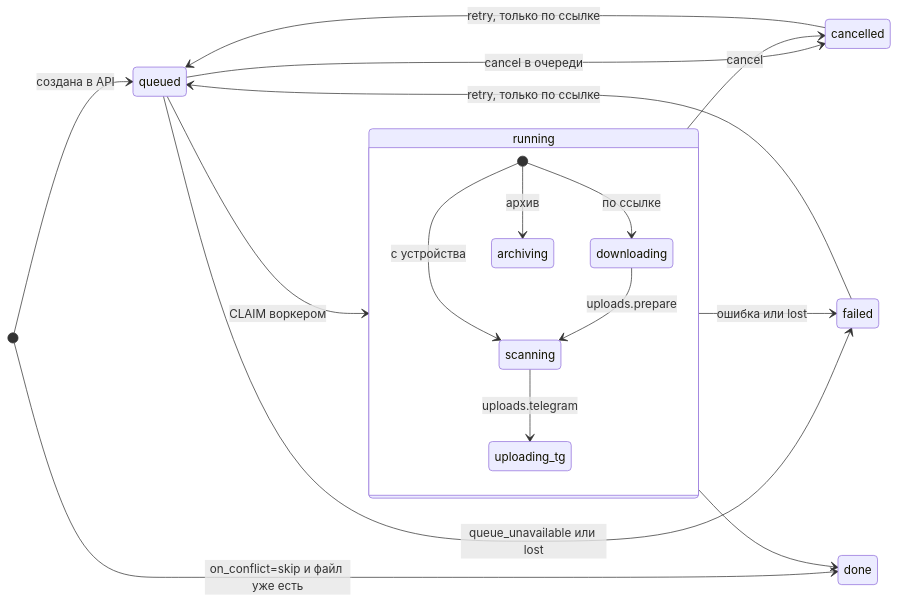
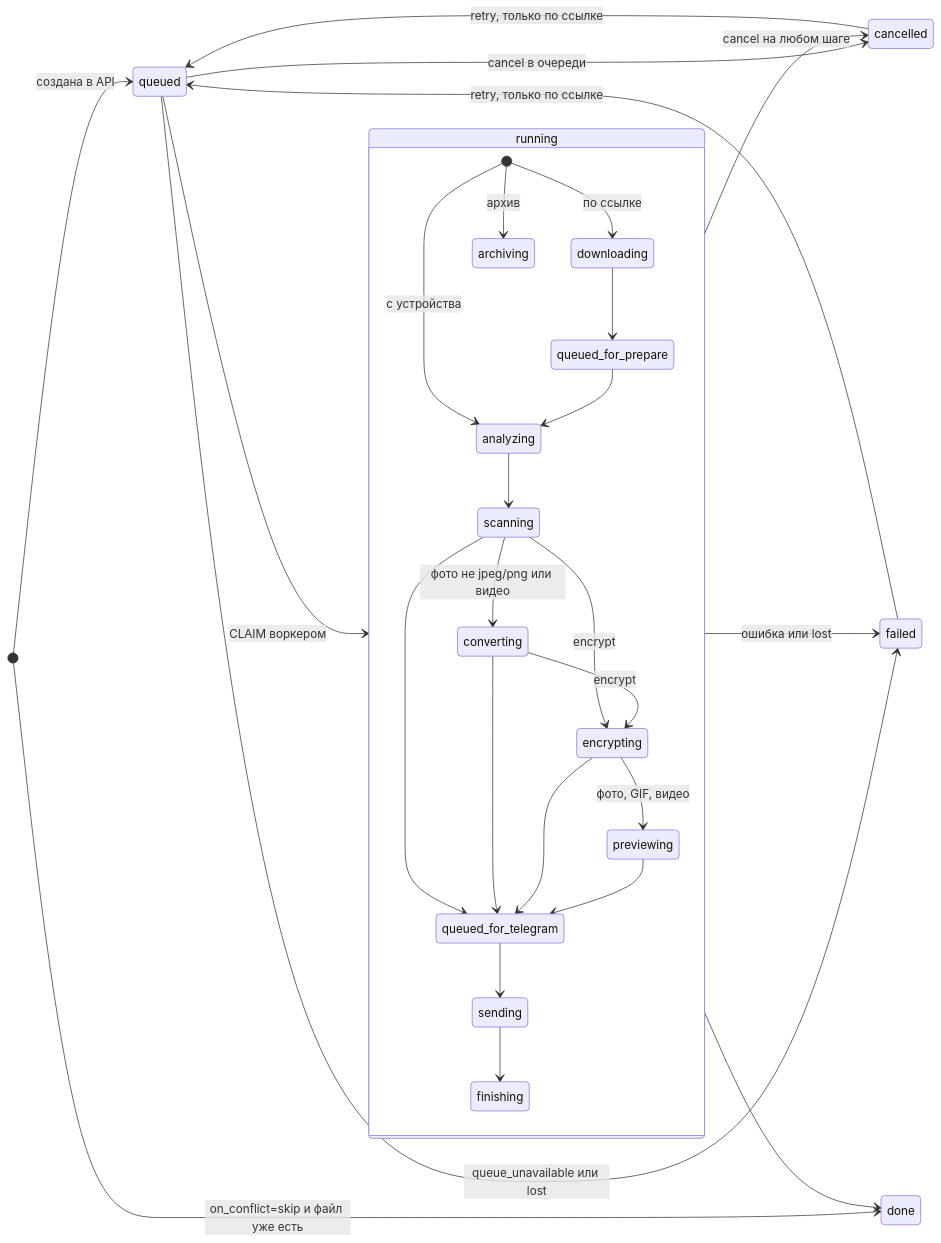
Before and after one commit to NikitkaZXC/tcloud-backend: the fourth of 5 diagrams in docs/background-tasks.md, drawn with Mermaid. The commit also changed other lines of this file and 16 other files, not shown here.

````diff
--- a/docs/background-tasks.md
+++ b/docs/background-tasks.md
@@ -210,21 +235,32 @@
 ```mermaid
 stateDiagram-v2
     direction LR
     [*] --> queued: создана в API
     [*] --> done: on_conflict=skip и файл уже есть
     queued --> running: CLAIM воркером
     queued --> cancelled: cancel в очереди
     queued --> failed: queue_unavailable или lost
     state running {
         [*] --> downloading: по ссылке
-        [*] --> scanning: с устройства
+        [*] --> analyzing: с устройства
         [*] --> archiving: архив
-        downloading --> scanning: uploads.prepare
-        scanning --> uploading_tg: uploads.telegram
+        downloading --> queued_for_prepare
+        queued_for_prepare --> analyzing
+        analyzing --> scanning
+        scanning --> converting: фото не jpeg/png или видео
+        scanning --> encrypting: encrypt
+        converting --> encrypting: encrypt
+        encrypting --> previewing: фото, GIF, видео
+        scanning --> queued_for_telegram
+        converting --> queued_for_telegram
+        encrypting --> queued_for_telegram
+        previewing --> queued_for_telegram
+        queued_for_telegram --> sending
+        sending --> finishing
     }
     running --> done
     running --> failed: ошибка или lost
-    running --> cancelled: cancel
+    running --> cancelled: cancel на любом шаге
     failed --> queued: retry, только по ссылке
     cancelled --> queued: retry, только по ссылке
 ```
````
